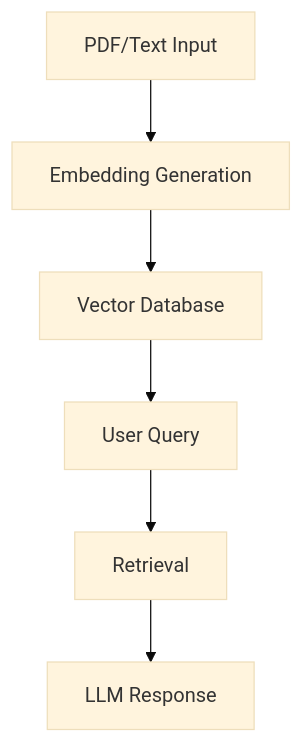
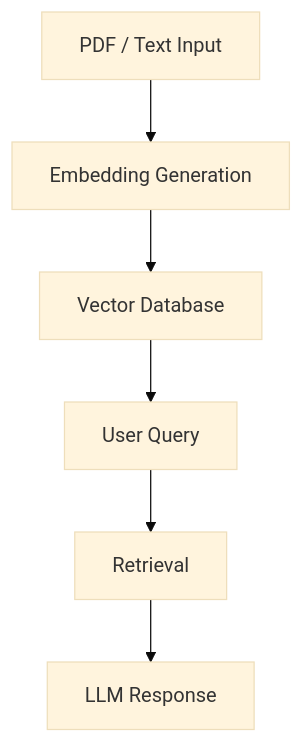
Before and after one commit to NamanKarki-nbk/NEUROLENS: the third of 3 diagrams in README.md, drawn with Mermaid (base theme). The commit also changed other lines of this file, not shown here.

````diff
--- a/README.md
+++ b/README.md
@@ -39,8 +45,8 @@
 ```mermaid
 graph TD
-    A[PDF/Text Input] --> B[Embedding Generation]
+    A[PDF / Text Input] --> B[Embedding Generation]
     B --> C[Vector Database]
     C --> D[User Query]
     D --> E[Retrieval]
     E --> F[LLM Response]
 ```
````
